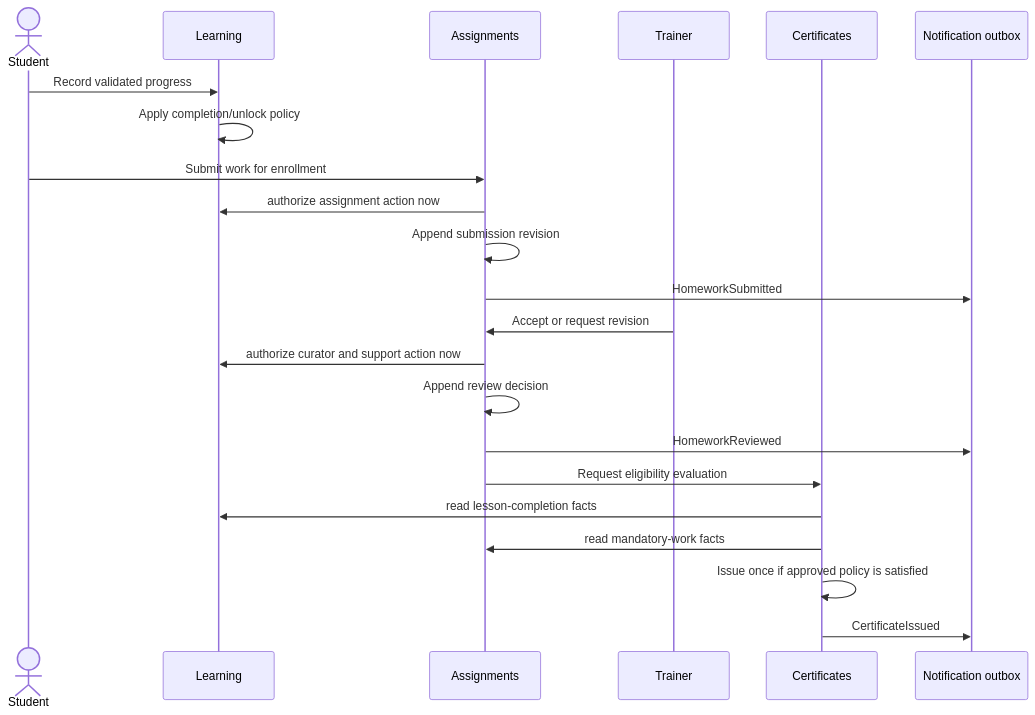
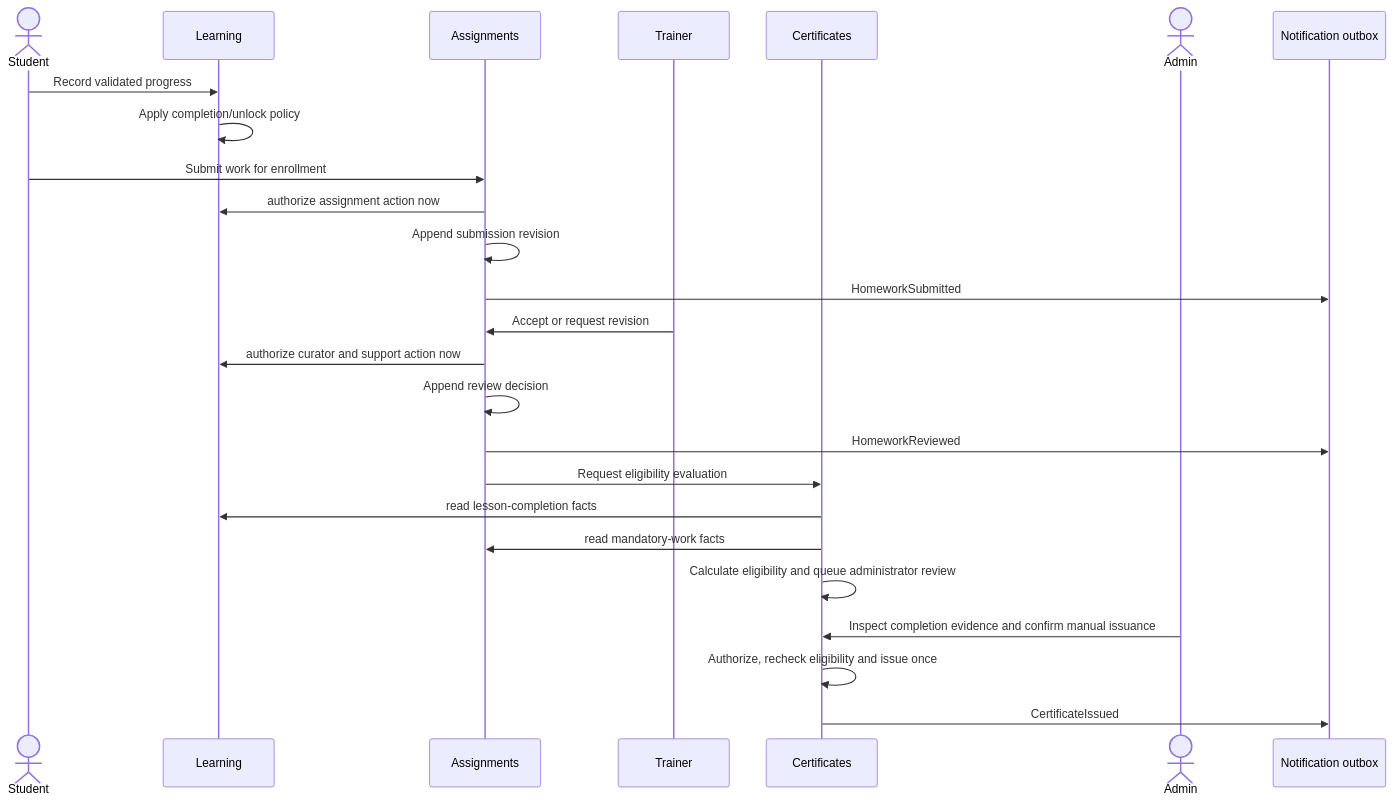
One commit to IBPA-ANDREEVA/lms-academy changed the third of 4 diagrams in docs/architecture/modules.md. Above: the diagram before and after it, drawn with Mermaid. The commit also changed other lines of this file and 16 other files, not shown here.

````diff
--- a/docs/architecture/modules.md
+++ b/docs/architecture/modules.md
@@ -305,25 +342,28 @@
 ```mermaid
 sequenceDiagram
     actor Student
     participant L as Learning
     participant A as Assignments
     participant Trainer
     participant Cert as Certificates
+    actor Admin
     participant N as Notification outbox
 
     Student->>L: Record validated progress
     L->>L: Apply completion/unlock policy
     Student->>A: Submit work for enrollment
     A->>L: authorize assignment action now
     A->>A: Append submission revision
     A->>N: HomeworkSubmitted
     Trainer->>A: Accept or request revision
     A->>L: authorize curator and support action now
     A->>A: Append review decision
     A->>N: HomeworkReviewed
     A->>Cert: Request eligibility evaluation
     Cert->>L: read lesson-completion facts
     Cert->>A: read mandatory-work facts
-    Cert->>Cert: Issue once if approved policy is satisfied
+    Cert->>Cert: Calculate eligibility and queue administrator review
+    Admin->>Cert: Inspect completion evidence and confirm manual issuance
+    Cert->>Cert: Authorize, recheck eligibility and issue once
     Cert->>N: CertificateIssued
 ```
````
